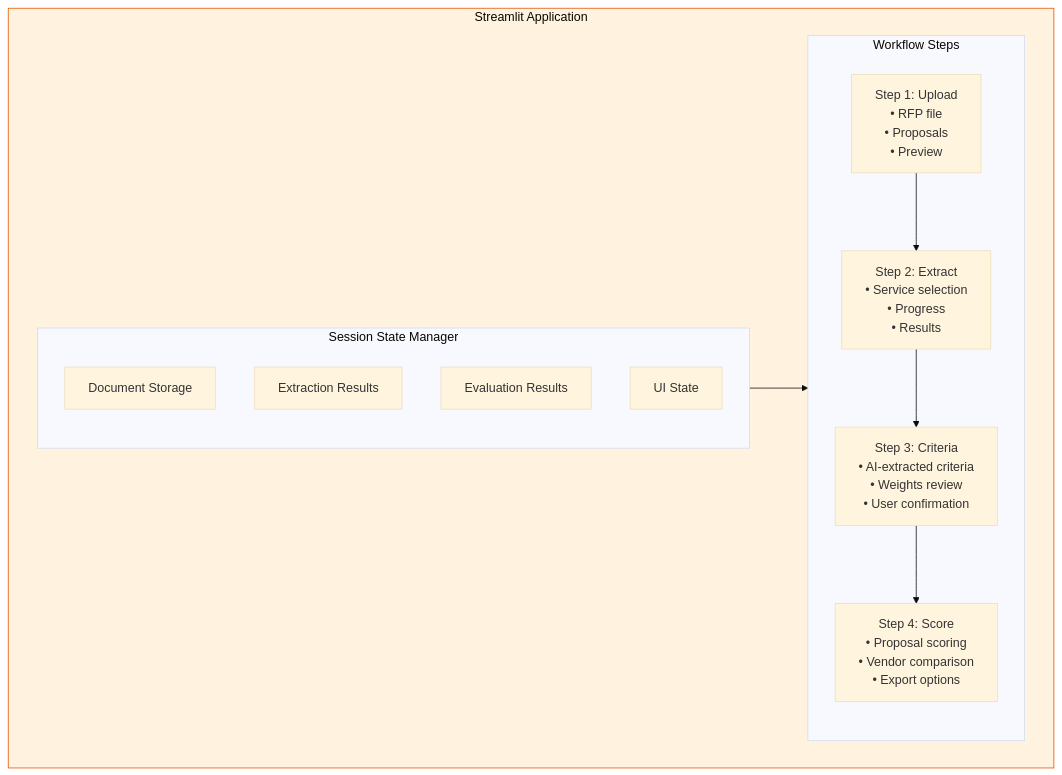
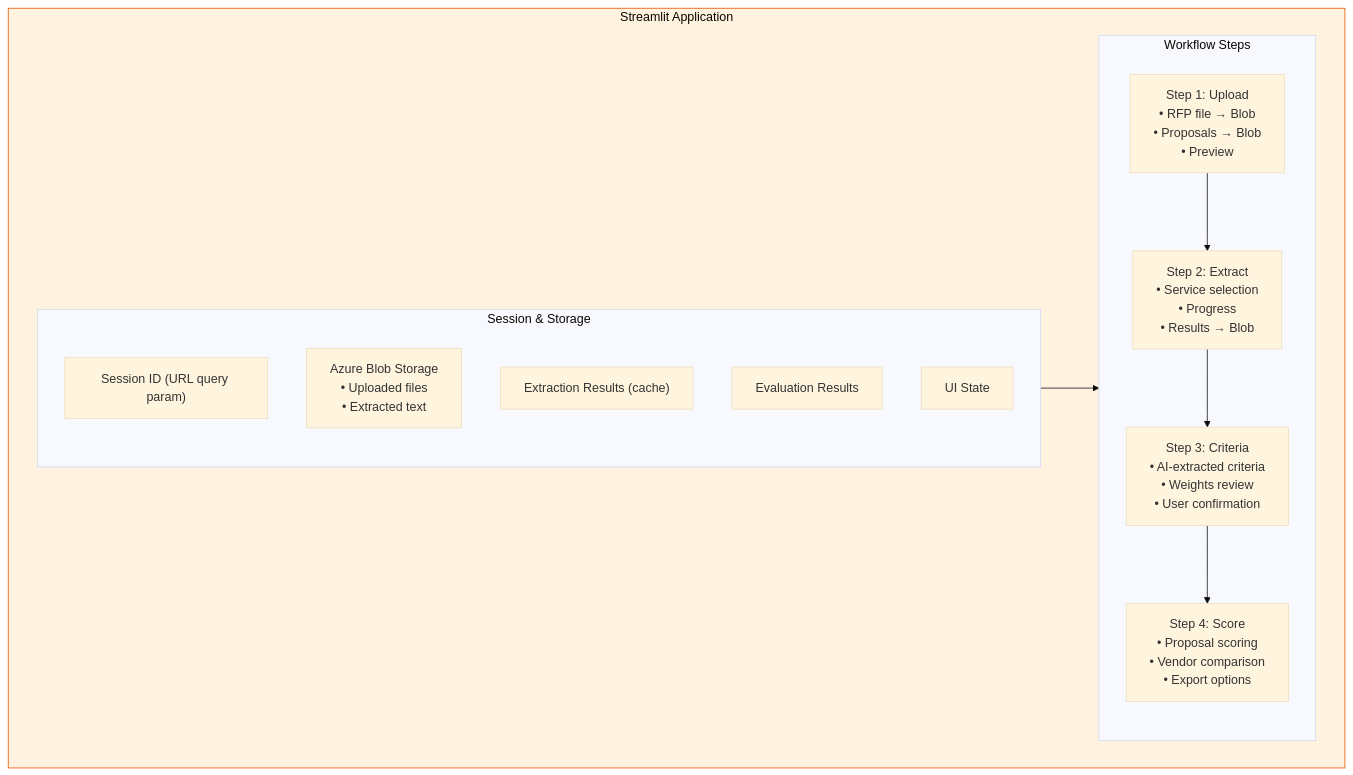
The second of 25 diagrams in docs/ARCHITECTURE.md (amgdy/rfp-analyzer), drawn with Mermaid (base theme) before and after one commit. The commit also changed other lines of this file and 2 other files, not shown here.

First line of the commit message:
fix: address code review feedback - session ID persistence and blob loading logic

````diff
--- a/docs/ARCHITECTURE.md
+++ b/docs/ARCHITECTURE.md
@@ -93,23 +93,24 @@
 ```mermaid
 flowchart TB
     subgraph StreamlitApp["Streamlit Application"]
-        subgraph SSM["Session State Manager"]
-            DS["Document Storage"]
-            ER["Extraction Results"]
+        subgraph SSM["Session & Storage"]
+            SID["Session ID (URL query param)"]
+            BS["Azure Blob Storage<br>• Uploaded files<br>• Extracted text"]
+            ER["Extraction Results (cache)"]
             EVR["Evaluation Results"]
             UIS["UI State"]
         end
         
         subgraph Steps["Workflow Steps"]
-            S1["Step 1: Upload<br>• RFP file<br>• Proposals<br>• Preview"]
-            S2["Step 2: Extract<br>• Service selection<br>• Progress<br>• Results"]
+            S1["Step 1: Upload<br>• RFP file → Blob<br>• Proposals → Blob<br>• Preview"]
+            S2["Step 2: Extract<br>• Service selection<br>• Progress<br>• Results → Blob"]
             S3["Step 3: Criteria<br>• AI-extracted criteria<br>• Weights review<br>• User confirmation"]
             S4["Step 4: Score<br>• Proposal scoring<br>• Vendor comparison<br>• Export options"]
         end
         
         SSM --> Steps
         S1 --> S2 --> S3 --> S4
     end
     
     style StreamlitApp fill:#fff3e0,stroke:#e65100
 ```
````
